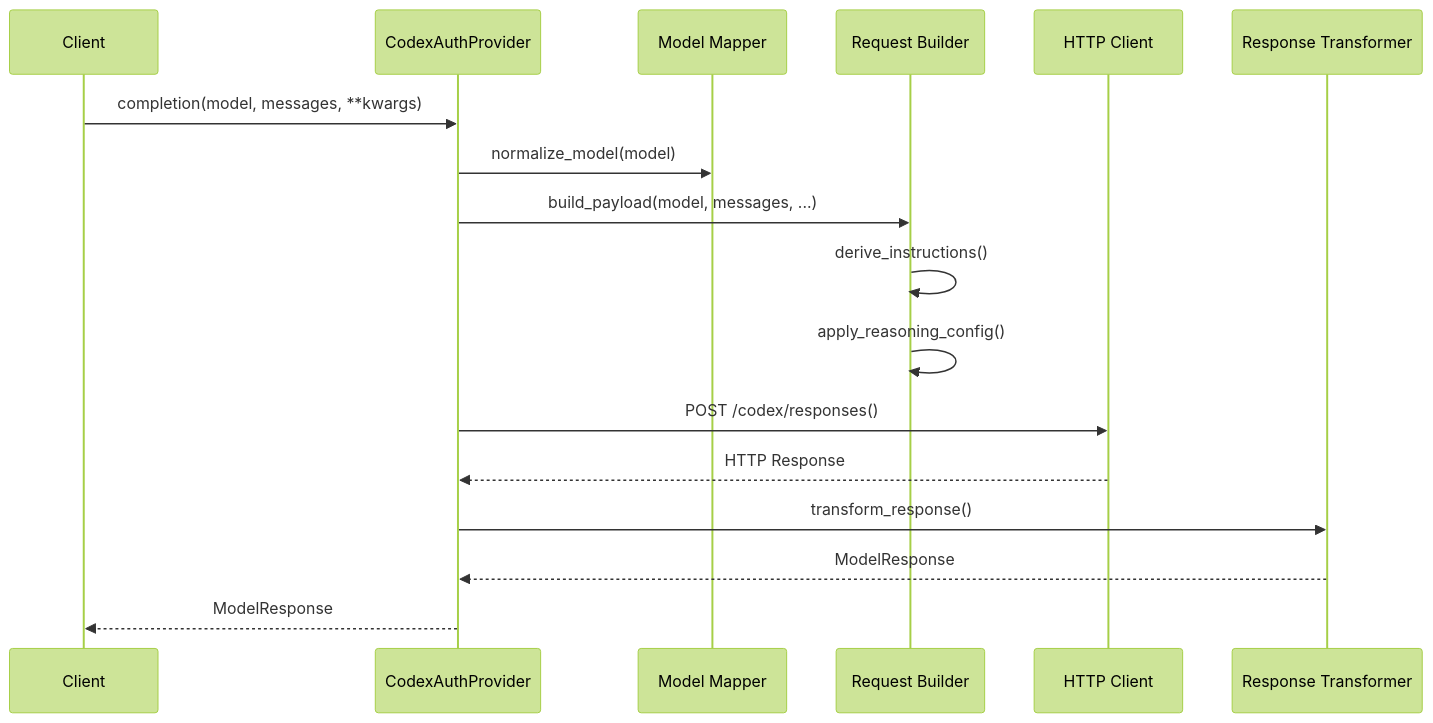
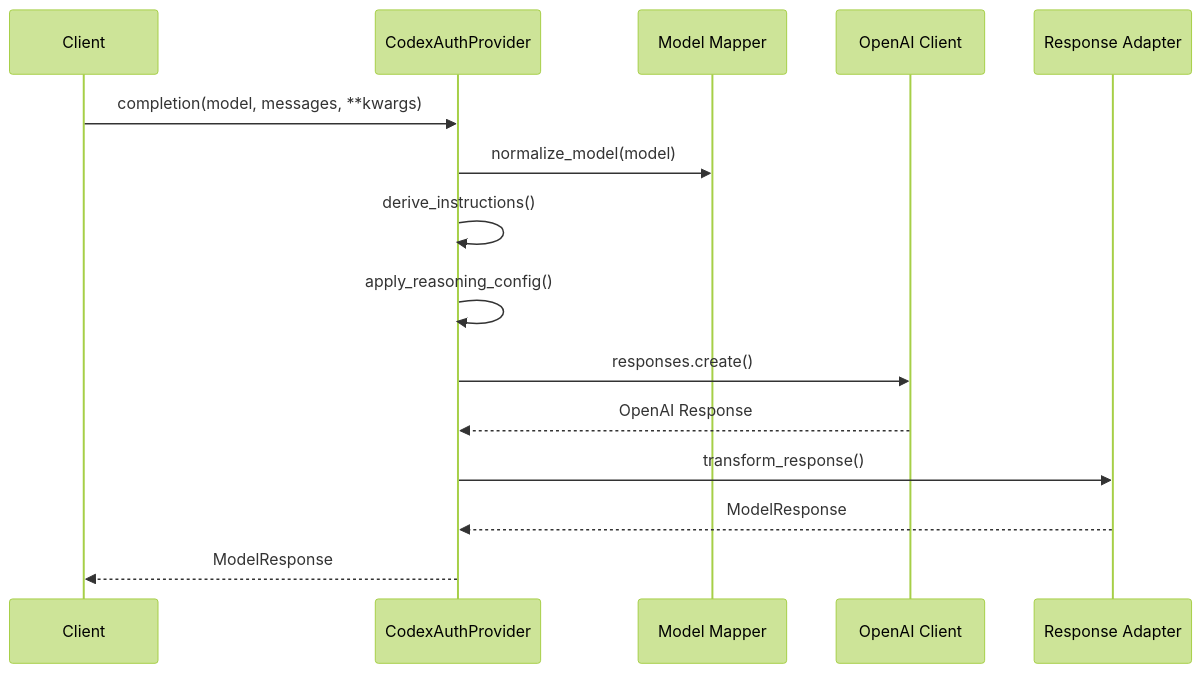
Before and after one commit to jslorrma/litellm-codex-oauth-provider: the fourth of 13 diagrams in docs/architecture.md, drawn with Mermaid (forest theme). The commit also changed other lines of this file and 3 other files, not shown here.

First line of the commit message:
docs: update documentation for OpenAI client architecture

````diff
--- a/docs/architecture.md
+++ b/docs/architecture.md
@@ -87,20 +152,18 @@
 ```mermaid
 sequenceDiagram
     participant C as Client
     participant P as CodexAuthProvider
     participant M as Model Mapper
-    participant R as Request Builder
-    participant H as HTTP Client
-    participant T as Response Transformer
+    participant O as OpenAI Client
+    participant A as Response Adapter
 
     C->>P: completion(model, messages, **kwargs)
     P->>M: normalize_model(model)
-    P->>R: build_payload(model, messages, ...)
-    R->>R: derive_instructions()
-    R->>R: apply_reasoning_config()
-    P->>H: POST /codex/responses()
-    H-->>P: HTTP Response
-    P->>T: transform_response()
-    T-->>P: ModelResponse
+    P->>P: derive_instructions()
+    P->>P: apply_reasoning_config()
+    P->>O: responses.create()
+    O-->>P: OpenAI Response
+    P->>A: transform_response()
+    A-->>P: ModelResponse
     P-->>C: ModelResponse
 ```
````
